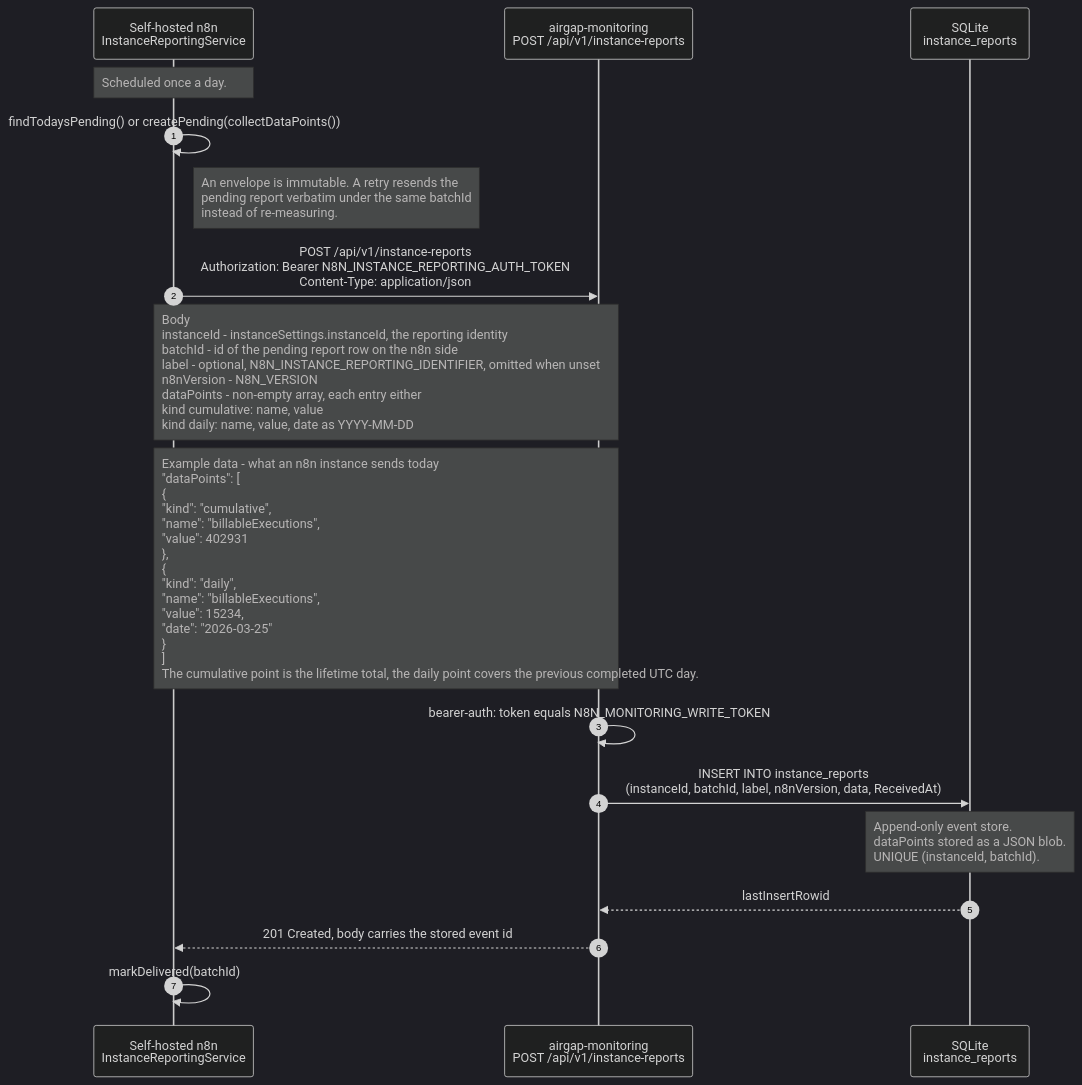
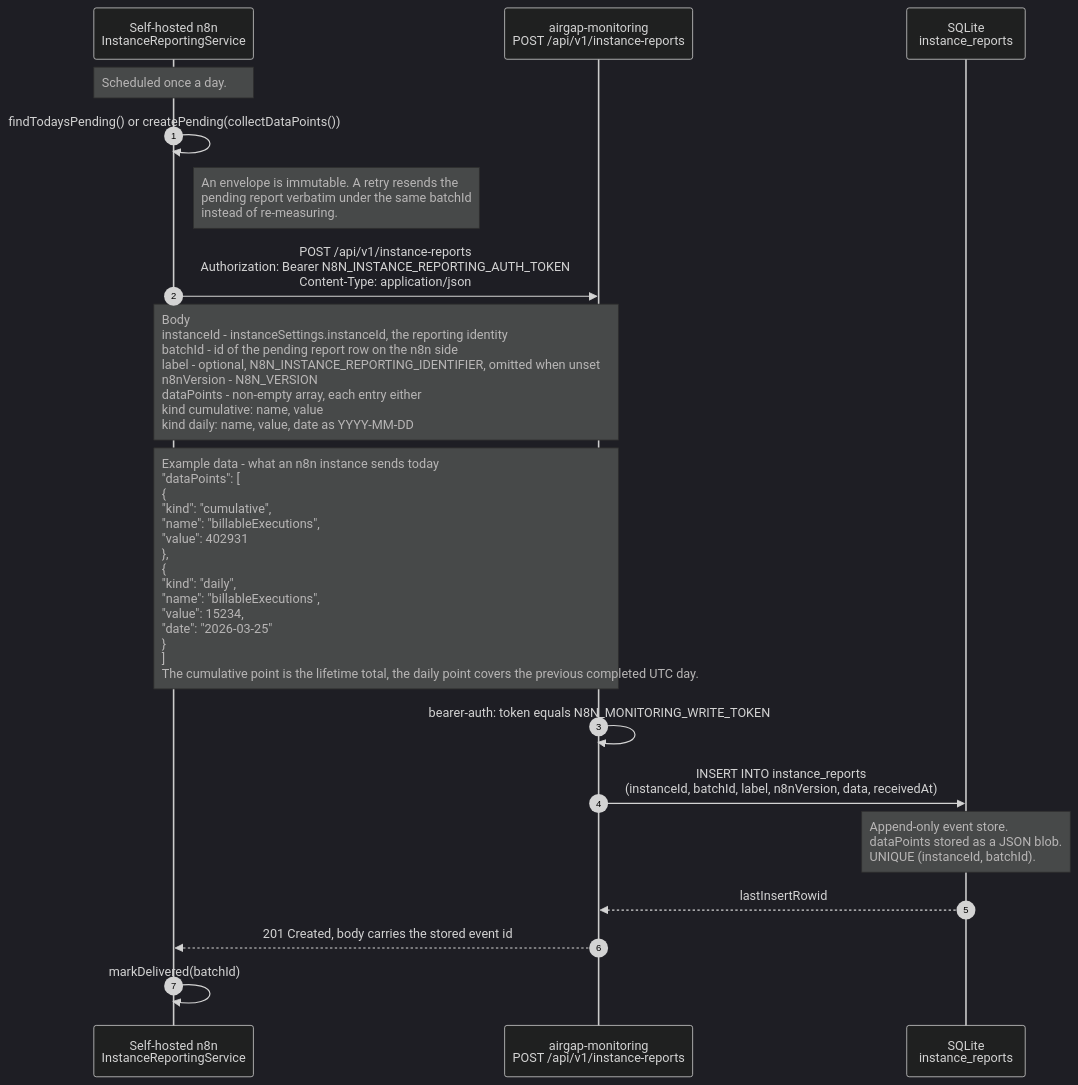
One commit to n8n-io/n8n-airgap-monitoring changed the diagram in DIAGRAMS.md. Above: the diagram before and after it, drawn with Mermaid (dark theme).

````diff
--- a/DIAGRAMS.md
+++ b/DIAGRAMS.md
@@ -14,30 +14,30 @@
 ```mermaid
 ---
 config:
   sequence:
     noteAlign: left
 ---
 sequenceDiagram
     autonumber
     participant N8N as Self-hosted n8n<br/>InstanceReportingService
     participant API as airgap-monitoring<br/>POST /api/v1/instance-reports
     participant DB as SQLite<br/>instance_reports
 
     Note over N8N: Scheduled once a day.
     N8N->>N8N: findTodaysPending() or createPending(collectDataPoints())
     Note right of N8N: An envelope is immutable. A retry resends the<br/>pending report verbatim under the same batchId<br/>instead of re-measuring.
 
     N8N->>API: POST /api/v1/instance-reports<br/>Authorization: Bearer N8N_INSTANCE_REPORTING_AUTH_TOKEN<br/>Content-Type: application/json
 
     Note over N8N,API: Body<br/>instanceId - instanceSettings.instanceId, the reporting identity<br/>batchId - id of the pending report row on the n8n side<br/>label - optional, N8N_INSTANCE_REPORTING_IDENTIFIER, omitted when unset<br/>n8nVersion - N8N_VERSION<br/>dataPoints - non-empty array, each entry either<br/>kind cumulative: name, value<br/>kind daily: name, value, date as YYYY-MM-DD
 
     Note over N8N,API: Example data - what an n8n instance sends today<br/>"dataPoints": [<br/>{<br/>"kind": "cumulative",<br/>"name": "billableExecutions",<br/>"value": 402931<br/>},<br/>{<br/>"kind": "daily",<br/>"name": "billableExecutions",<br/>"value": 15234,<br/>"date": "2026-03-25"<br/>}<br/>]<br/>The cumulative point is the lifetime total, the daily point covers the previous completed UTC day.
 
     API->>API: bearer-auth: token equals N8N_MONITORING_WRITE_TOKEN
-    API->>DB: INSERT INTO instance_reports<br/>(instanceId, batchId, label, n8nVersion, data, ReceivedAt)
+    API->>DB: INSERT INTO instance_reports<br/>(instanceId, batchId, label, n8nVersion, data, receivedAt)
     Note over DB: Append-only event store.<br/>dataPoints stored as a JSON blob.<br/>UNIQUE (instanceId, batchId).
     DB-->>API: lastInsertRowid
     API-->>N8N: 201 Created, body carries the stored event id
 
     N8N->>N8N: markDelivered(batchId)
 ```
````
